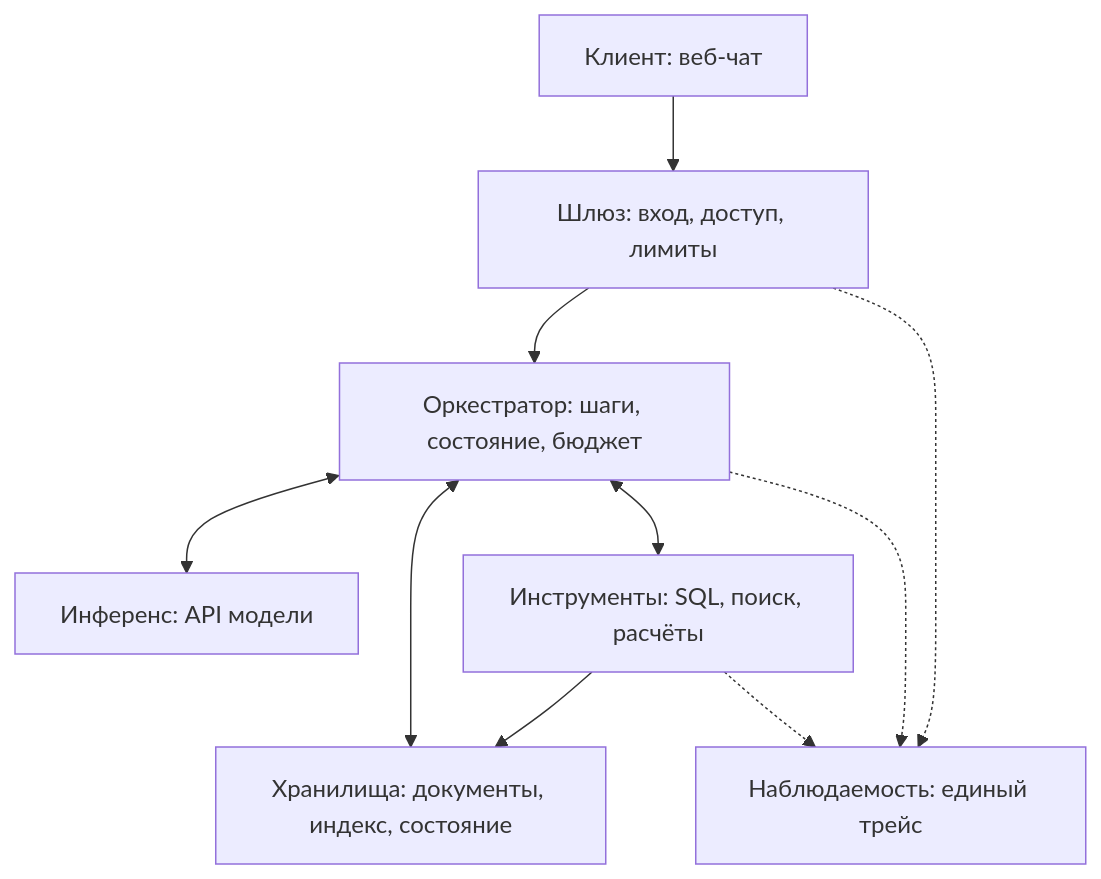
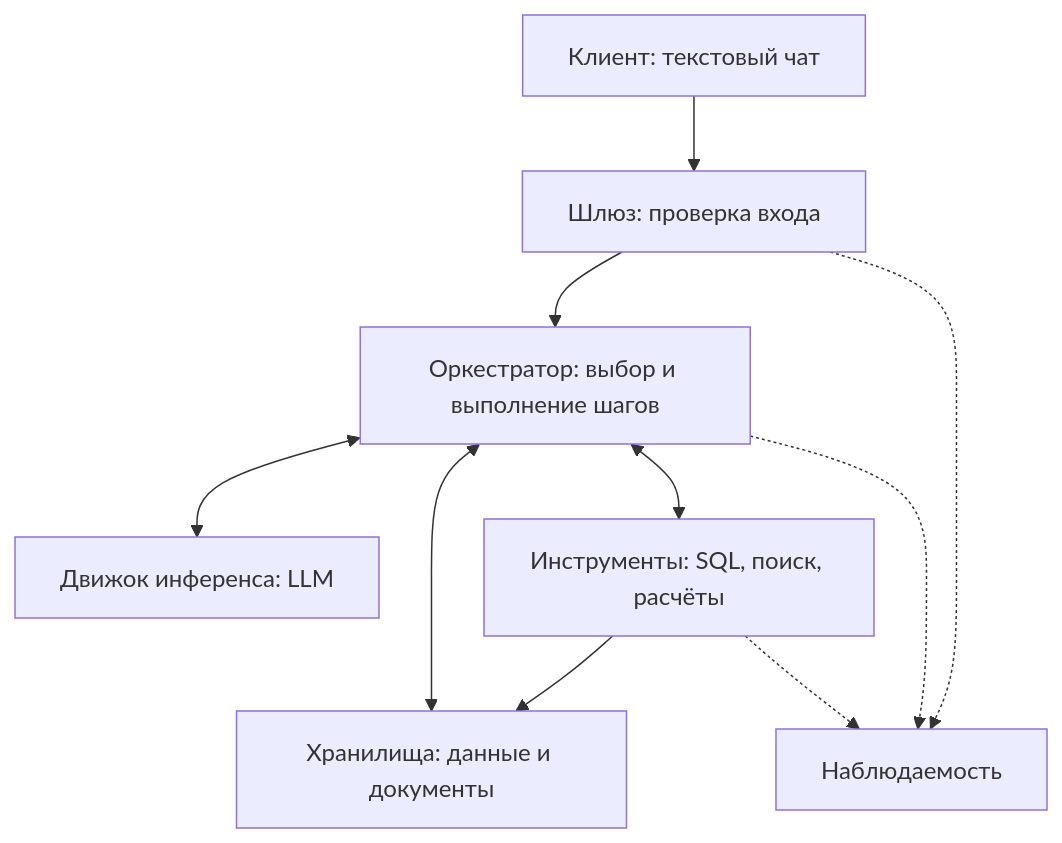
One commit to fizuli-ragimov/LLM-project-2026-2027 changed the diagram in design-doc.md. Above: the diagram before and after it, drawn with Mermaid. The commit also changed other lines of this file, not shown here.

````diff
--- a/design-doc.md
+++ b/design-doc.md
@@ -270,12 +169,12 @@
 ```mermaid
 flowchart TD
-    U["Клиент: веб-чат"] --> G["Шлюз: вход, доступ, лимиты"]
-    G --> O["Оркестратор: шаги, состояние, бюджет"]
-    O <--> L["Инференс: API модели"]
-    O <--> S["Хранилища: документы, индекс, состояние"]
+    U["Клиент: текстовый чат"] --> G["Шлюз: проверка входа"]
+    G --> O["Оркестратор: выбор и выполнение шагов"]
+    O <--> L["Движок инференса: LLM"]
+    O <--> S["Хранилища: данные и документы"]
     O <--> T["Инструменты: SQL, поиск, расчёты"]
     T --> S
-    G -.-> N["Наблюдаемость: единый трейс"]
+    G -.-> N["Наблюдаемость"]
     O -.-> N
     T -.-> N
 ```
````
